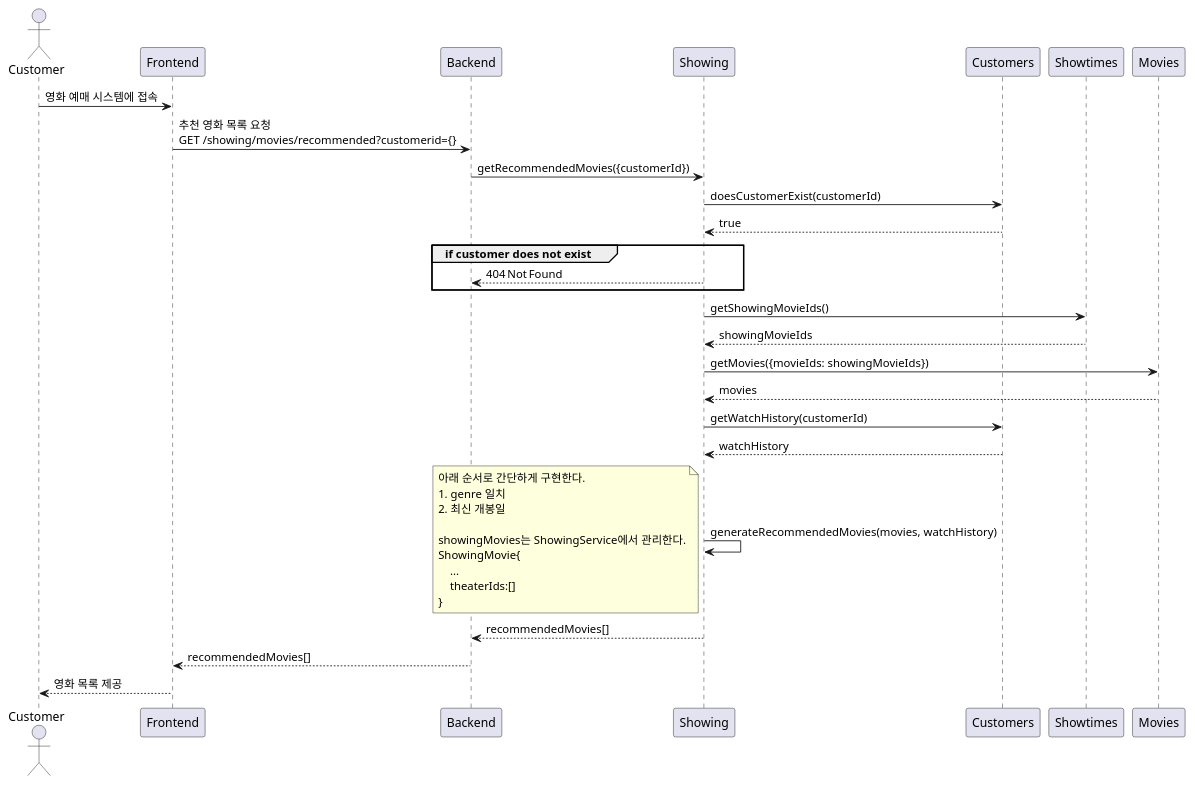
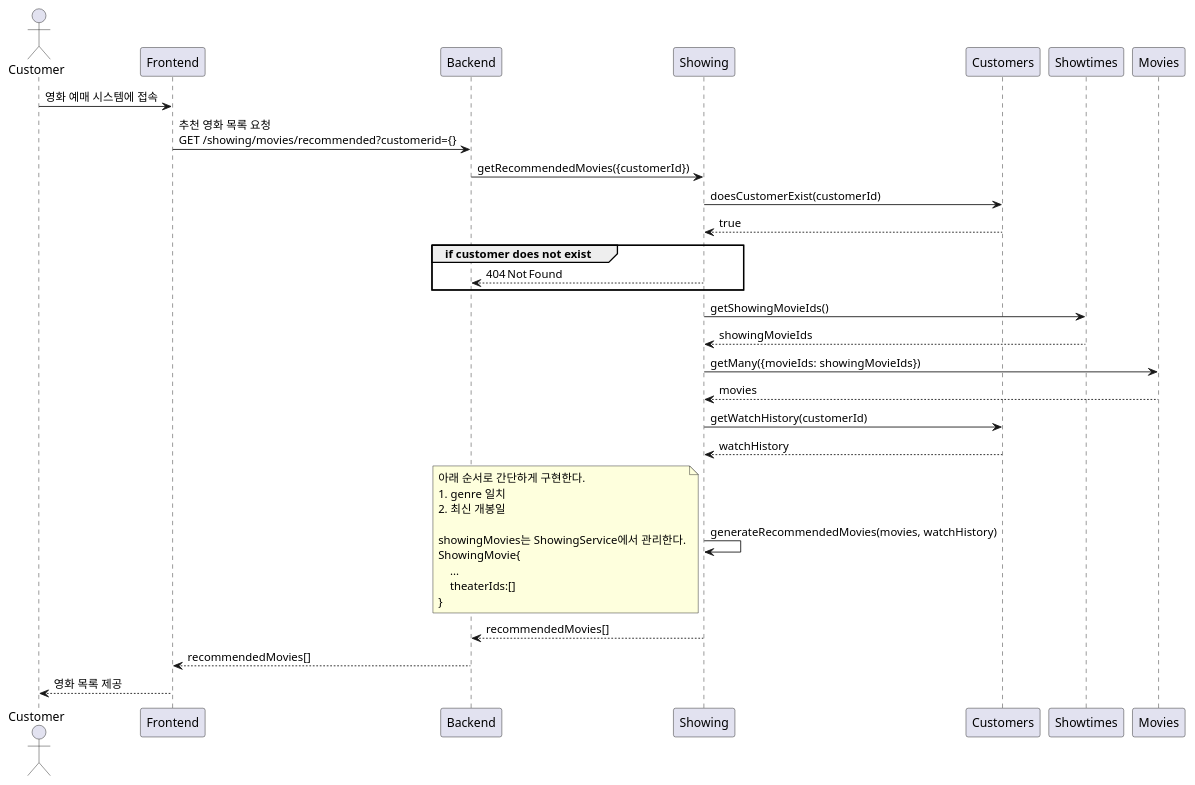
One commit to mannercode/nest-seed changed the first of 6 diagrams in docs/archive/tickets-purchase.md. Above: the diagram before and after it, drawn with PlantUML. The commit also changed other lines of this file and 67 other files, not shown here.

````diff
--- a/docs/archive/tickets-purchase.md
+++ b/docs/archive/tickets-purchase.md
@@ -57,35 +57,35 @@
 ```plantuml
 @startuml
 actor Customer
 
 Customer -> Frontend : 영화 예매 시스템에 접속
     Frontend -> Backend : 추천 영화 목록 요청\nGET /showing/movies/recommended?customerid={}
         Backend -> Showing: getRecommendedMovies({customerId})
             Showing -> Customers : doesCustomerExist(customerId)
             Showing <-- Customers : true
             group if customer does not exist
             Backend <-- Showing : 404 Not Found
             end
             Showing -> Showtimes : getShowingMovieIds()
             Showing <-- Showtimes : showingMovieIds
-            Showing -> Movies : getMovies({movieIds: showingMovieIds})
+            Showing -> Movies : getMany({movieIds: showingMovieIds})
             Showing <-- Movies : movies
             Showing -> Customers : getWatchHistory(customerId)
             Showing <-- Customers : watchHistory
             Showing -> Showing : generateRecommendedMovies(movies, watchHistory)
                 note left
                 아래 순서로 간단하게 구현한다.
                 1. genre 일치
                 2. 최신 개봉일
 
                 showingMovies는 ShowingService에서 관리한다.
                 ShowingMovie{
                     ...
                     theaterIds:[]
                 }
                 end note
         Backend <-- Showing : recommendedMovies[]
     Frontend <-- Backend : recommendedMovies[]
 Customer <-- Frontend : 영화 목록 제공
 @enduml
 ```
````
